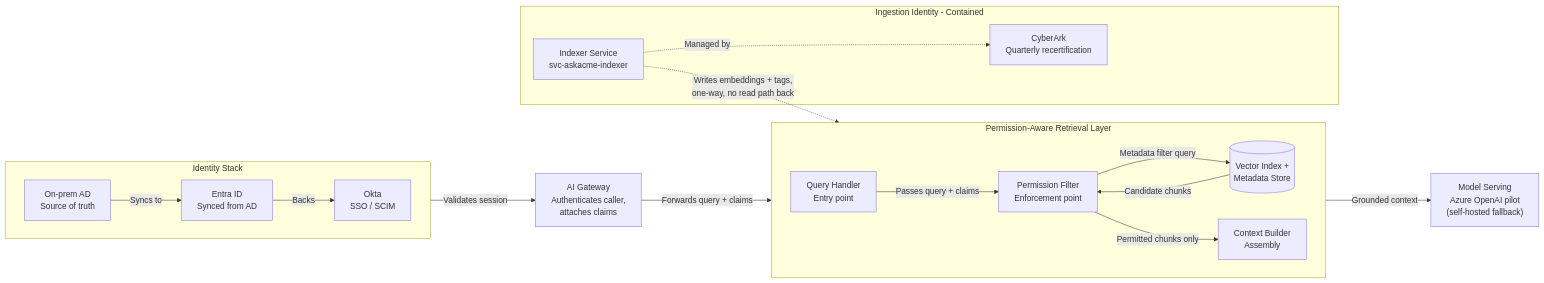
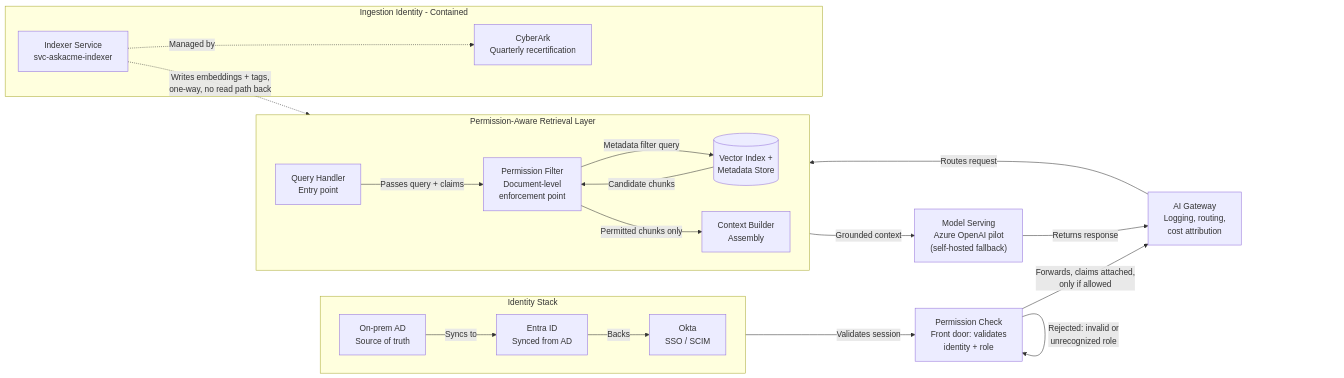
Before and after one commit to vahnessa710/askacme-adoption-proposal: the diagram in AskACME_LLA_Specification.md, drawn with Mermaid. The commit also changed other lines of this file, not shown here.

````diff
--- a/AskACME_LLA_Specification.md
+++ b/AskACME_LLA_Specification.md
@@ -85,38 +103,43 @@
 ```mermaid
 flowchart LR
     subgraph identity["Identity Stack"]
         direction LR
         ad["On-prem AD<br/>Source of truth"]
         entra["Entra ID<br/>Synced from AD"]
         okta["Okta<br/>SSO / SCIM"]
         ad -->|Syncs to| entra
         entra -->|Backs| okta
     end
 
-    gateway["AI Gateway<br/>Authenticates caller,<br/>attaches claims"]
+    permcheck["Permission Check<br/>Front door: validates<br/>identity + role"]
+
+    gateway["AI Gateway<br/>Logging, routing,<br/>cost attribution"]
     model["Model Serving<br/>Azure OpenAI pilot<br/>(self-hosted fallback)"]
 
     subgraph retrieval["Permission-Aware Retrieval Layer"]
         direction LR
         query_handler["Query Handler<br/>Entry point"]
-        permission_filter["Permission Filter<br/>Enforcement point"]
+        permission_filter["Permission Filter<br/>Document-level<br/>enforcement point"]
         vector_index[("Vector Index +<br/>Metadata Store")]
         context_builder["Context Builder<br/>Assembly"]
 
         query_handler -->|Passes query + claims| permission_filter
         permission_filter -->|Metadata filter query| vector_index
         vector_index -->|Candidate chunks| permission_filter
         permission_filter -->|Permitted chunks only| context_builder
     end
 
     subgraph indexer_zone["Ingestion Identity - Contained"]
         indexer_svc["Indexer Service<br/>svc-askacme-indexer"]
         cyberark["CyberArk<br/>Quarterly recertification"]
         indexer_svc -.->|Managed by| cyberark
     end
 
-    okta -->|Validates session| gateway
-    gateway -->|Forwards query + claims| query_handler
+    okta -->|Validates session| permcheck
+    permcheck -->|Rejected: invalid or<br/>unrecognized role| permcheck
+    permcheck -->|Forwards, claims attached,<br/>only if allowed| gateway
+    gateway -->|Routes request| query_handler
     context_builder -->|Grounded context| model
+    model -->|Returns response| gateway
     indexer_svc -.->|Writes embeddings + tags,<br/>one-way, no read path back| vector_index
 ```
````
